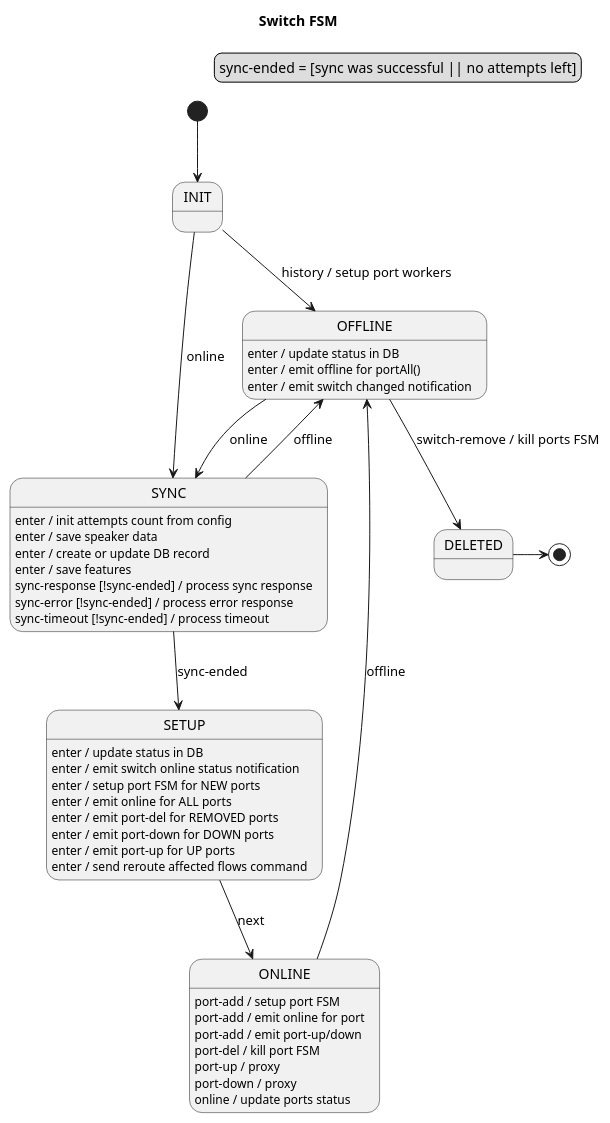
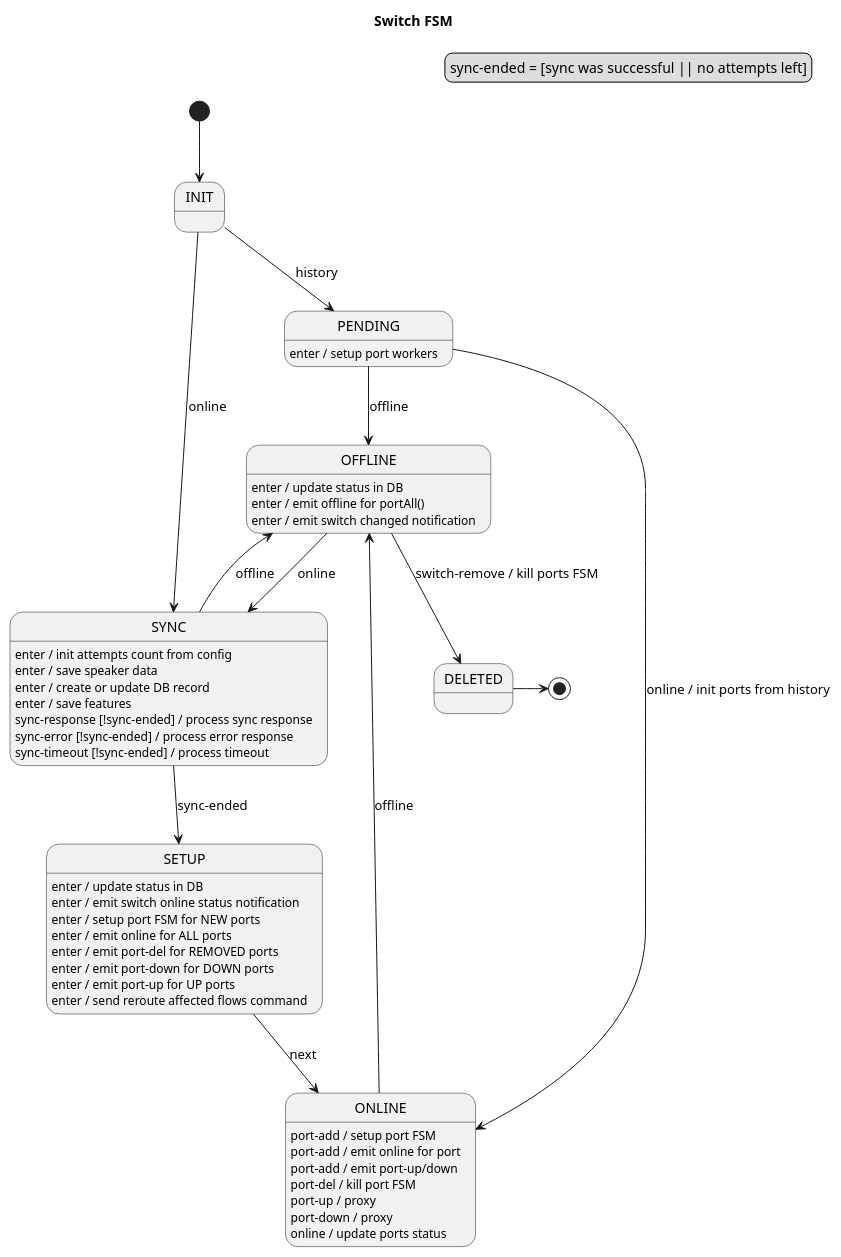
One commit to telstra/open-kilda changed the diagram in docs/design/network-discovery/switch-FSM.puml. Above: the diagram before and after it, drawn with PlantUML. The commit also changed 5 other files, not shown here.

```diff
--- a/docs/design/network-discovery/switch-FSM.puml
+++ b/docs/design/network-discovery/switch-FSM.puml
@@ -22,49 +22,53 @@
 @startuml
 title Switch FSM
 
 legend top right
     sync-ended = [sync was successful || no attempts left]
 endlegend
 
 [*] --> INIT
 
-INIT --> OFFLINE : history / setup port workers
 INIT --> SYNC : online
+INIT --> PENDING : history
+
+PENDING : enter / setup port workers
+PENDING --> ONLINE : online / init ports from history
+PENDING --> OFFLINE : offline
 
 SYNC : enter / init attempts count from config
 SYNC : enter / save speaker data
 SYNC : enter / create or update DB record
 SYNC : enter / save features
 SYNC : sync-response [!sync-ended] / process sync response
 SYNC : sync-error [!sync-ended] / process error response
 SYNC : sync-timeout [!sync-ended] / process timeout
 SYNC --> SETUP : sync-ended
 SYNC --> OFFLINE : offline
 
 SETUP : enter / update status in DB
 SETUP : enter / emit switch online status notification
 SETUP : enter / setup port FSM for NEW ports
 SETUP : enter / emit online for ALL ports
 SETUP : enter / emit port-del for REMOVED ports
 SETUP : enter / emit port-down for DOWN ports
 SETUP : enter / emit port-up for UP ports
 SETUP : enter / send reroute affected flows command
 SETUP --> ONLINE : next
 
 ONLINE : port-add / setup port FSM
 ONLINE : port-add / emit online for port
 ONLINE : port-add / emit port-up/down
 ONLINE : port-del / kill port FSM
 ONLINE : port-up / proxy
 ONLINE : port-down / proxy
 ONLINE : online / update ports status
 ONLINE --> OFFLINE : offline
 
 OFFLINE : enter / update status in DB
 OFFLINE : enter / emit offline for portAll()
 OFFLINE : enter / emit switch changed notification
 OFFLINE --> SYNC : online
 OFFLINE --> DELETED: switch-remove / kill ports FSM
 DELETED -> [*]
 
 @enduml
```
